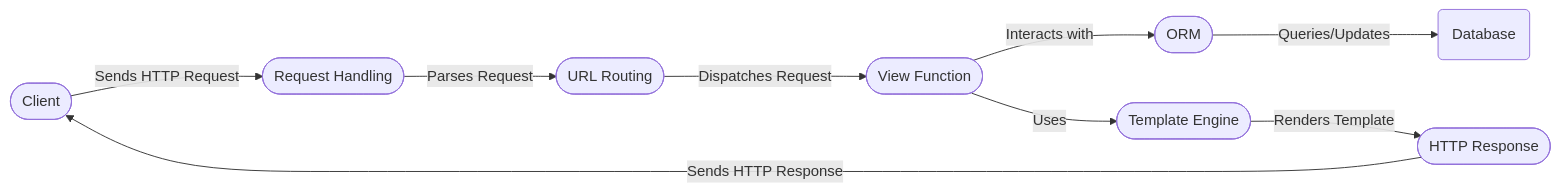
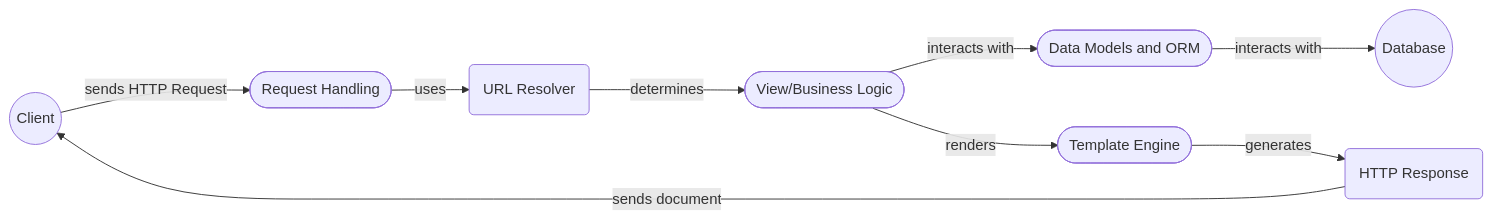
Before and after one commit to CodeBoarding/GeneratedOnBoardings: the diagram in django/on_boarding.md, drawn with Mermaid. The commit also changed other lines of this file and 7 other files, not shown here.

````diff
--- a/django/on_boarding.md
+++ b/django/on_boarding.md
@@ -5,18 +7,16 @@
 ```mermaid
 graph LR
-    A([Client]) -- Sends HTTP Request --> B([Request Handling])
-    B -- Parses Request --> C([URL Routing])
-    C -- Dispatches Request --> D([View Function])
-    D -- Interacts with --> E([ORM])
-    E -- Queries/Updates --> F(Database)
-    D -- Uses --> G([Template Engine])
-    G -- Renders Template --> H([HTTP Response])
-    H -- Sends HTTP Response --> A
+    Client((Client)) -- sends HTTP Request --> RequestHandler([Request Handling])
+    RequestHandler -- uses --> URLResolver(URL Resolver)
+    URLResolver -- determines --> View([View/Business Logic])
+    View -- interacts with --> ORM(["Data Models and ORM"])
+    ORM -- interacts with --> Database((Database))
+    View -- renders --> TemplateEngine([Template Engine])
+    TemplateEngine -- generates --> Response(HTTP Response)
+    Response -- sends document --> Client
 
-click B href "https://github.com/CodeBoarding/GeneratedOnBoardings/blob/main/django//Request%20Handling.md"
-click C href "https://github.com/CodeBoarding/GeneratedOnBoardings/blob/main/django//URL%20Routing.md"
-click D href "https://github.com/CodeBoarding/GeneratedOnBoardings/blob/main/django//View%20Function.md"
-click E href "https://github.com/CodeBoarding/GeneratedOnBoardings/blob/main/django//ORM.md"
-click G href "https://github.com/CodeBoarding/GeneratedOnBoardings/blob/main/django//Template%20Engine.md"
-click H href "https://github.com/CodeBoarding/GeneratedOnBoardings/blob/main/django//HTTP%20Response.md"
+click RequestHandler href "https://github.com/CodeBoarding/GeneratedOnBoardings/blob/main/django//Request%20Handling.md"
+click View href "https://github.com/CodeBoarding/GeneratedOnBoardings/blob/main/django//View%20%Processing.md"
+click ORM href "https://github.com/CodeBoarding/GeneratedOnBoardings/blob/main/django//Data%20Models%20(ORM).md"
+click TemplateEngine href "https://github.com/CodeBoarding/GeneratedOnBoardings/blob/main/django//Template%20Engine.md"
 ```
````
